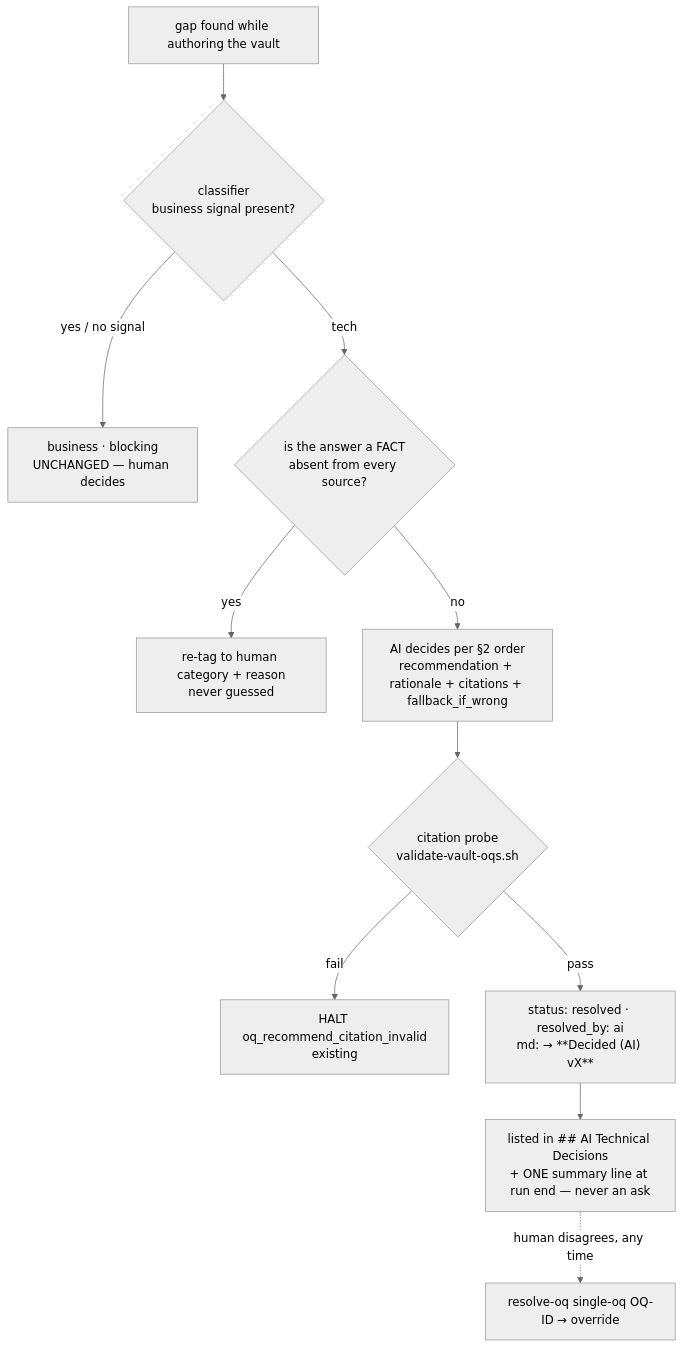
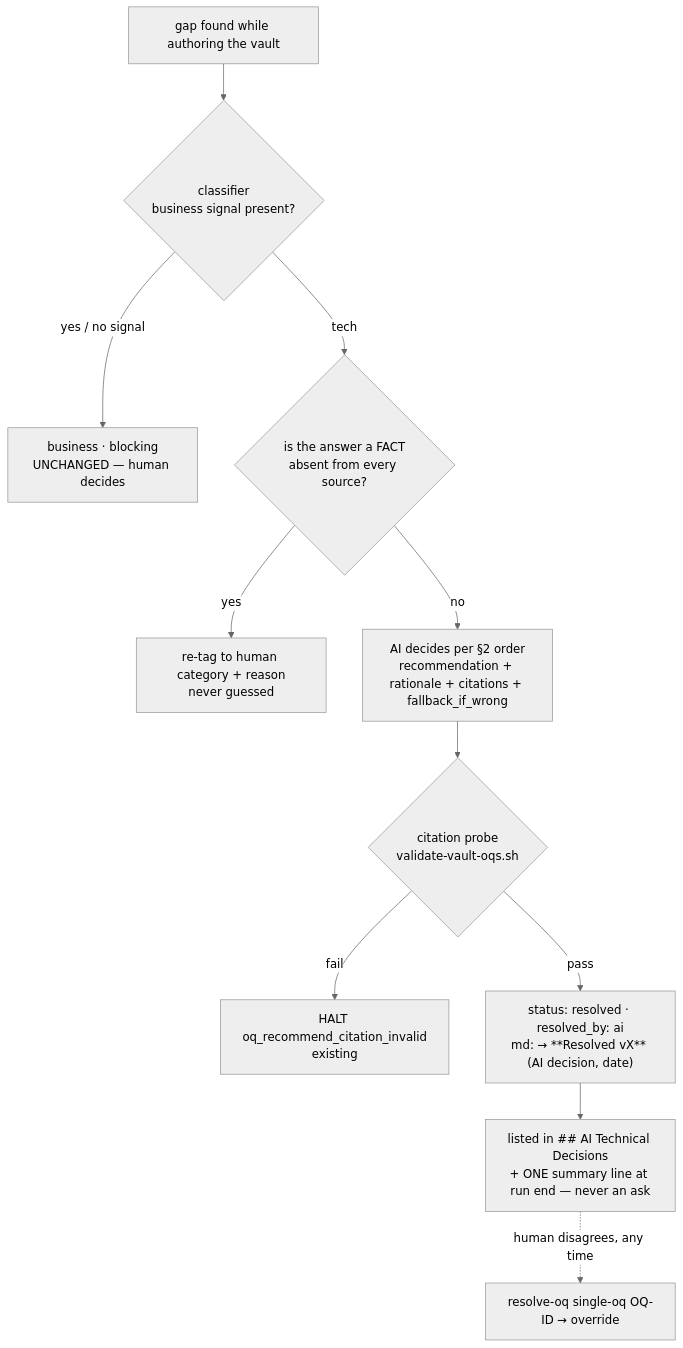
Before and after one commit to FarhanRiuzaki/Mega-SDD: the diagram in docs/superpowers/specs/2026-09-20-oq-business-only-design.md, drawn with Mermaid (neutral theme). The commit also changed other lines of this file and 38 other files, not shown here.

````diff
--- a/docs/superpowers/specs/2026-09-20-oq-business-only-design.md
+++ b/docs/superpowers/specs/2026-09-20-oq-business-only-design.md
@@ -34,13 +34,13 @@
 ```mermaid
 flowchart TD
   Q[gap found while authoring the vault] --> C{classifier<br/>business signal present?}
   C -- yes / no signal --> B[business · blocking<br/>UNCHANGED — human decides]
   C -- tech --> F{is the answer a FACT<br/>absent from every source?}
   F -- yes --> B2[re-tag to human category + reason<br/>never guessed]
   F -- no --> D[AI decides per §2 order<br/>recommendation + rationale + citations + fallback_if_wrong]
   D --> P{citation probe<br/>validate-vault-oqs.sh}
   P -- fail --> H[HALT oq_recommend_citation_invalid<br/>existing]
-  P -- pass --> R["status: resolved · resolved_by: ai<br/>md: → **Decided (AI) vX**"]
+  P -- pass --> R["status: resolved · resolved_by: ai<br/>md: → **Resolved vX** (AI decision, date)"]
   R --> T[listed in ## AI Technical Decisions<br/>+ ONE summary line at run end — never an ask]
   T -. human disagrees, any time .-> O[resolve-oq single-oq OQ-ID → override]
 ```
````
